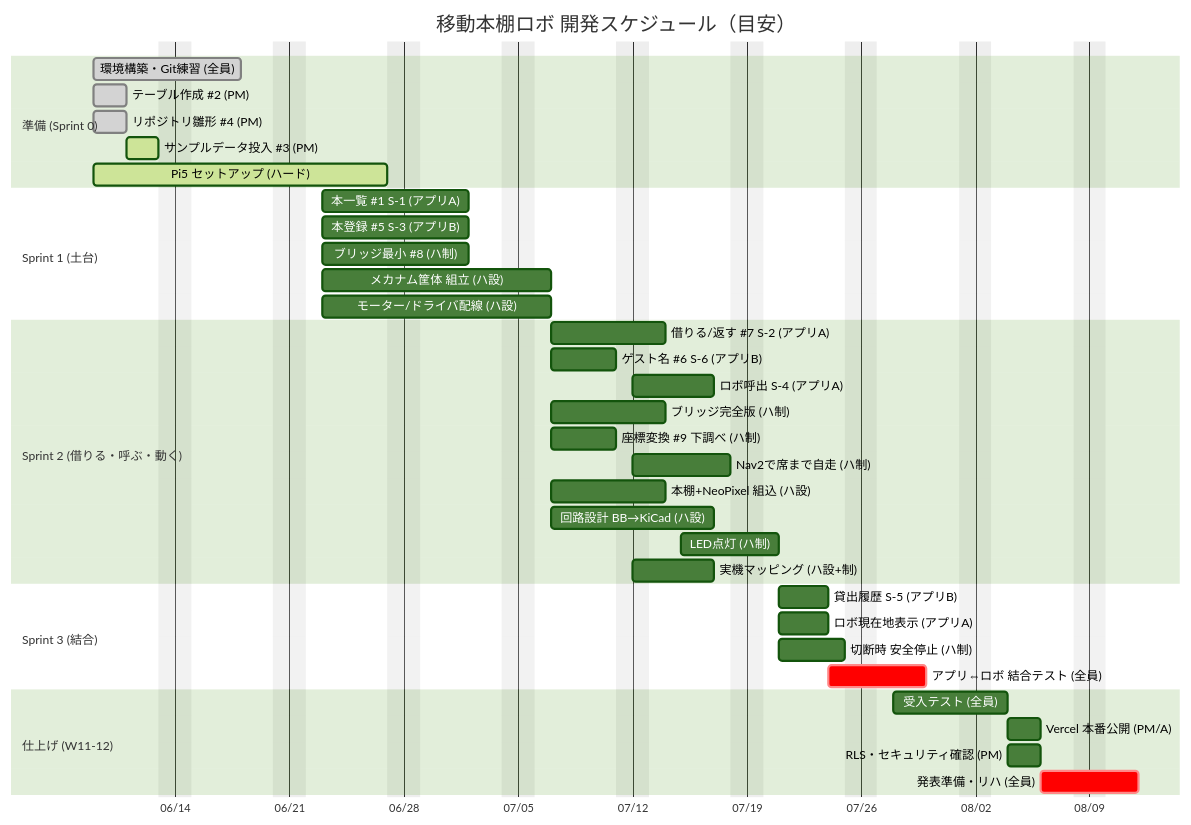
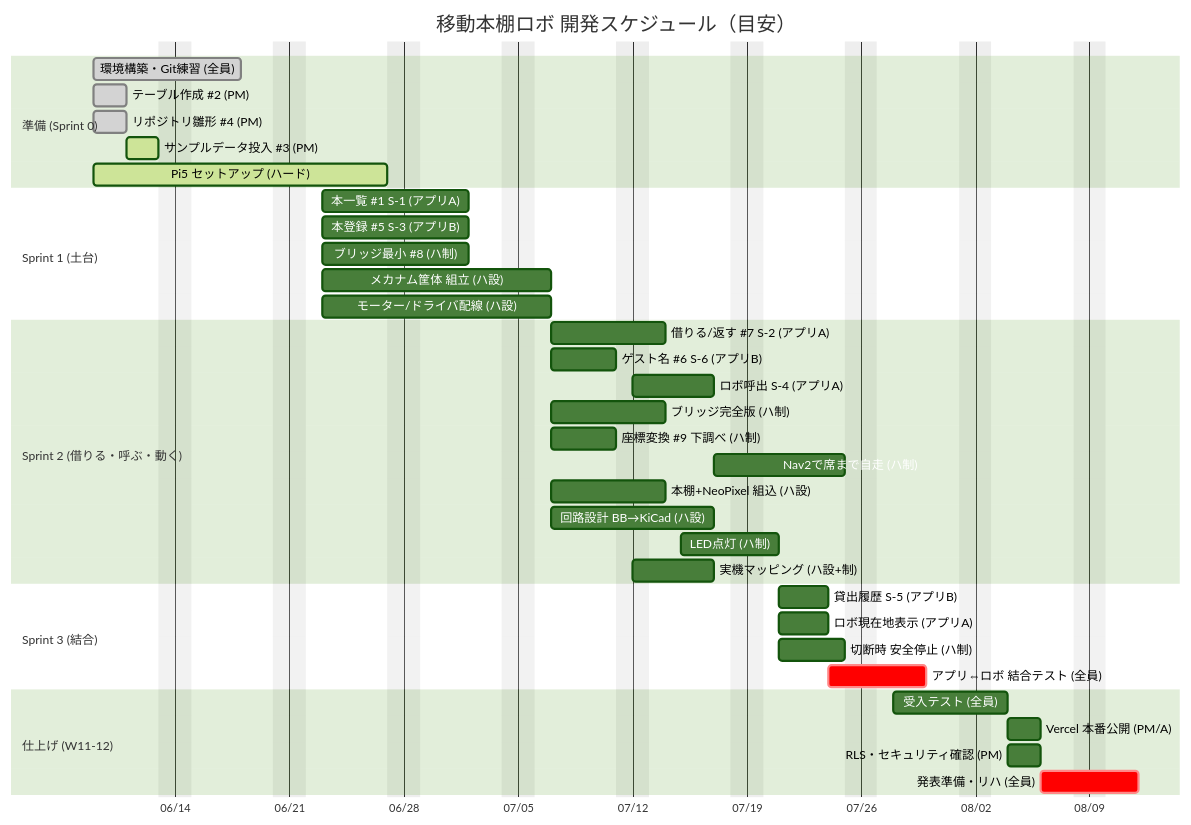
Before and after one commit to syuk650220-creator/moving-bookshelf-app: the second of 2 diagrams in docs/ロードマップ.md, drawn with Mermaid (forest theme). The commit also changed 66 other files, not shown here.

````diff
--- a/docs/ロードマップ.md
+++ b/docs/ロードマップ.md
@@ -109,45 +109,45 @@
 ```mermaid
 gantt
   title 移動本棚ロボ 開発スケジュール（目安）
   dateFormat YYYY-MM-DD
   axisFormat %m/%d
   excludes weekends
 
   section 準備 (Sprint 0)
   環境構築・Git練習 (全員)        :done,   env,  2026-06-09, 7d
   テーブル作成 #2 (PM)           :done,   i2,   2026-06-09, 2d
   リポジトリ雛形 #4 (PM)         :done,   i4,   2026-06-09, 2d
   サンプルデータ投入 #3 (PM)      :active, i3,   2026-06-11, 2d
   Pi5 セットアップ (ハード)       :active, pi5,  2026-06-09, 14d
 
   section Sprint 1 (土台)
   本一覧 #1 S-1 (アプリA)        :         i1,   2026-06-23, 7d
   本登録 #5 S-3 (アプリB)        :         i5,   2026-06-23, 7d
   ブリッジ最小 #8 (ハ制)         :         i8,   2026-06-23, 7d
   メカナム筐体 組立 (ハ設)        :         chas, 2026-06-23, 10d
   モーター/ドライバ配線 (ハ設)    :         mot,  2026-06-23, 10d
 
   section Sprint 2 (借りる・呼ぶ・動く)
   借りる/返す #7 S-2 (アプリA)    :         i7,   2026-07-07, 5d
   ゲスト名 #6 S-6 (アプリB)       :         i6,   2026-07-07, 4d
   ロボ呼出 S-4 (アプリA)          :         s4,   2026-07-12, 5d
   ブリッジ完全版 (ハ制)           :         bf,   2026-07-07, 5d
   座標変換 #9 下調べ (ハ制)        :         i9,   2026-07-07, 4d
-  Nav2で席まで自走 (ハ制)         :         nav,  2026-07-12, 6d
+  Nav2で席まで自走 (ハ制)         :         nav,  after map, 6d
   本棚+NeoPixel 組込 (ハ設)       :         shelf,2026-07-07, 5d
   回路設計 BB→KiCad (ハ設)       :         circ, 2026-07-07, 8d
   LED点灯 (ハ制)                 :         led,  2026-07-15, 4d
   実機マッピング (ハ設+制)        :         map,  2026-07-12, 5d
 
   section Sprint 3 (結合)
   貸出履歴 S-5 (アプリB)          :         s5,   2026-07-21, 3d
   ロボ現在地表示 (アプリA)        :         rst,  2026-07-21, 3d
   切断時 安全停止 (ハ制)          :         safe, 2026-07-21, 4d
   アプリ⇔ロボ 結合テスト (全員)   :crit,    integ,2026-07-24, 4d
 
   section 仕上げ (W11-12)
   受入テスト (全員)              :         uat,  2026-07-28, 5d
   Vercel 本番公開 (PM/A)         :         dep,  2026-08-04, 2d
   RLS・セキュリティ確認 (PM)      :         sec,  2026-08-04, 2d
   発表準備・リハ (全員)          :crit,    pres, 2026-08-06, 4d
 ```
````
